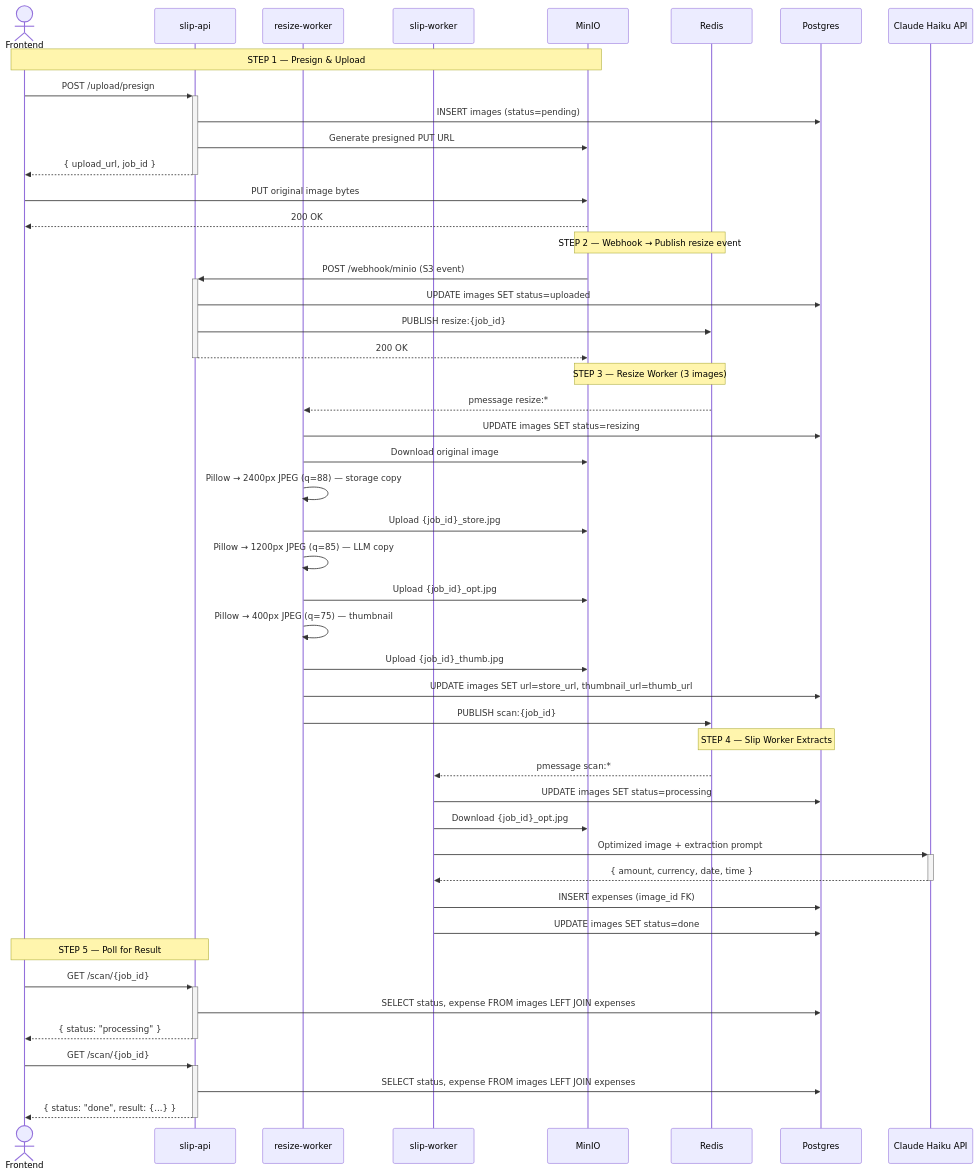
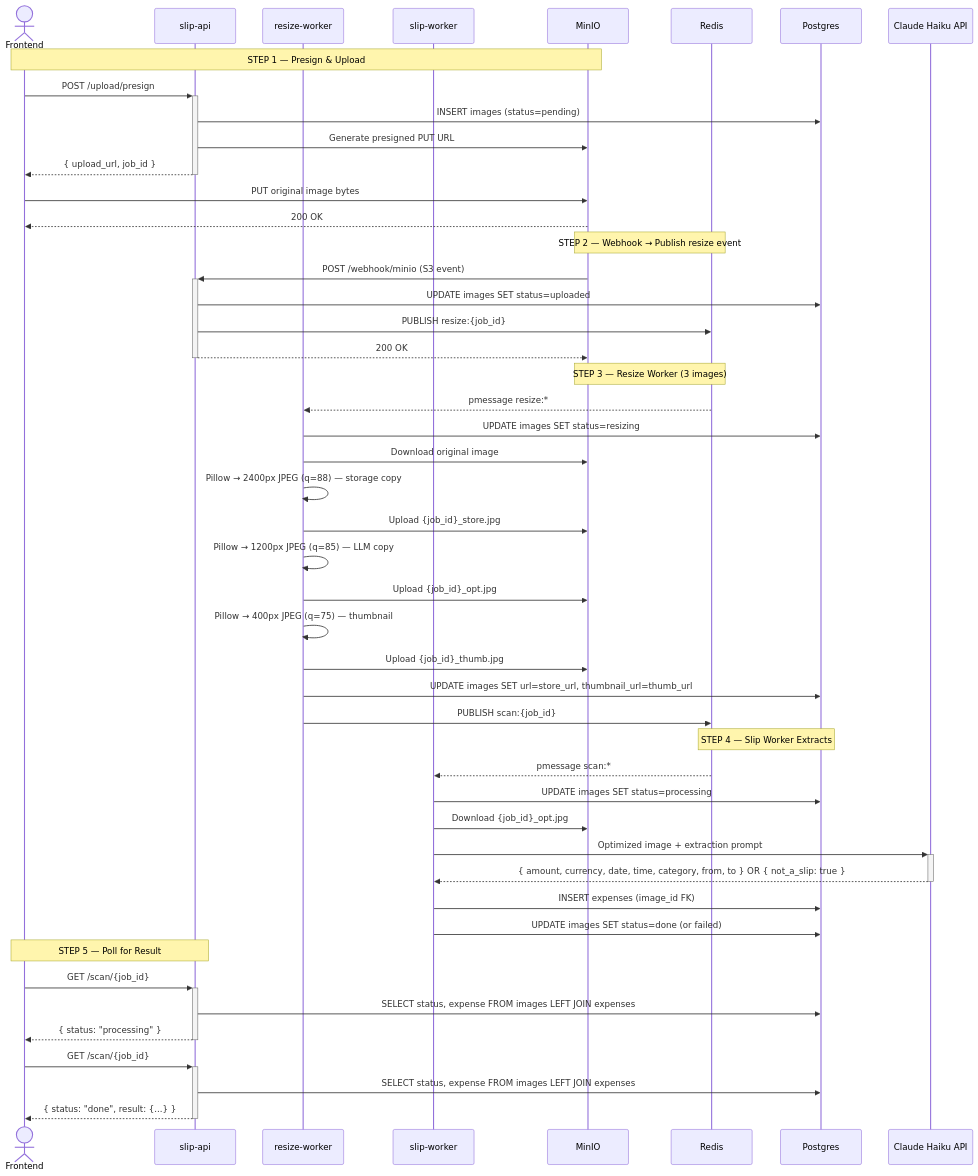
One commit to monkey-mode/woofjot changed the diagram in CLAUDE.md. Above: the diagram before and after it, drawn with Mermaid. The commit also changed other lines of this file, not shown here.

First line of the commit message:
docs: update CLAUDE.md for sort, non-slip detection, and color tokens

````diff
--- a/CLAUDE.md
+++ b/CLAUDE.md
@@ -12,55 +12,55 @@
 ```mermaid
 sequenceDiagram
     actor Frontend
     participant SlipAPI as slip-api
     participant ResizeWorker as resize-worker
     participant SlipWorker as slip-worker
     participant MinIO
     participant Redis
     participant Postgres
     participant Claude as Claude Haiku API
 
     Note over Frontend,MinIO: STEP 1 — Presign & Upload
     Frontend->>+SlipAPI: POST /upload/presign
     SlipAPI->>Postgres: INSERT images (status=pending)
     SlipAPI->>MinIO: Generate presigned PUT URL
     SlipAPI-->>-Frontend: { upload_url, job_id }
     Frontend->>MinIO: PUT original image bytes
     MinIO-->>Frontend: 200 OK
 
     Note over MinIO,Redis: STEP 2 — Webhook → Publish resize event
     MinIO->>+SlipAPI: POST /webhook/minio (S3 event)
     SlipAPI->>Postgres: UPDATE images SET status=uploaded
     SlipAPI->>Redis: PUBLISH resize:{job_id}
     SlipAPI-->>-MinIO: 200 OK
 
     Note over Redis,MinIO: STEP 3 — Resize Worker (3 images)
     Redis-->>ResizeWorker: pmessage resize:*
     ResizeWorker->>Postgres: UPDATE images SET status=resizing
     ResizeWorker->>MinIO: Download original image
     ResizeWorker->>ResizeWorker: Pillow → 2400px JPEG (q=88) — storage copy
     ResizeWorker->>MinIO: Upload {job_id}_store.jpg
     ResizeWorker->>ResizeWorker: Pillow → 1200px JPEG (q=85) — LLM copy
     ResizeWorker->>MinIO: Upload {job_id}_opt.jpg
     ResizeWorker->>ResizeWorker: Pillow → 400px JPEG (q=75) — thumbnail
     ResizeWorker->>MinIO: Upload {job_id}_thumb.jpg
     ResizeWorker->>Postgres: UPDATE images SET url=store_url, thumbnail_url=thumb_url
     ResizeWorker->>Redis: PUBLISH scan:{job_id}
 
     Note over Redis,Postgres: STEP 4 — Slip Worker Extracts
     Redis-->>SlipWorker: pmessage scan:*
     SlipWorker->>Postgres: UPDATE images SET status=processing
     SlipWorker->>MinIO: Download {job_id}_opt.jpg
     SlipWorker->>+Claude: Optimized image + extraction prompt
-    Claude-->>-SlipWorker: { amount, currency, date, time }
+    Claude-->>-SlipWorker: { amount, currency, date, time, category, from, to } OR { not_a_slip: true }
     SlipWorker->>Postgres: INSERT expenses (image_id FK)
-    SlipWorker->>Postgres: UPDATE images SET status=done
+    SlipWorker->>Postgres: UPDATE images SET status=done (or failed)
 
     Note over Frontend,SlipAPI: STEP 5 — Poll for Result
     Frontend->>+SlipAPI: GET /scan/{job_id}
     SlipAPI->>Postgres: SELECT status, expense FROM images LEFT JOIN expenses
     SlipAPI-->>-Frontend: { status: "processing" }
     Frontend->>+SlipAPI: GET /scan/{job_id}
     SlipAPI->>Postgres: SELECT status, expense FROM images LEFT JOIN expenses
     SlipAPI-->>-Frontend: { status: "done", result: {...} }
 ```
````
